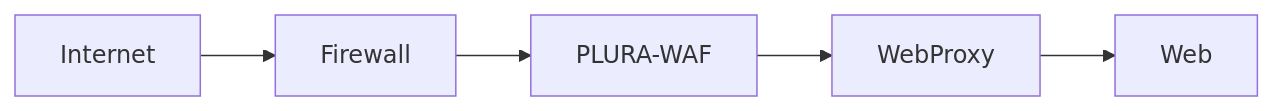
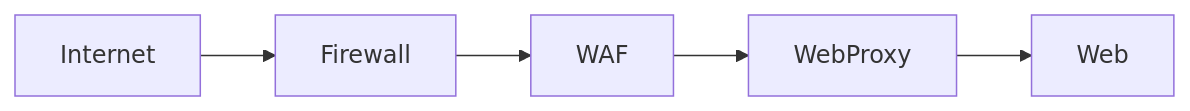
Before and after one commit to qubitsec/blog: the second of 5 diagrams in content/ko/tech/plura-webproxy-architecture.md, drawn with Mermaid. The commit also changed other lines of this file, not shown here.

````diff
--- a/content/ko/tech/plura-webproxy-architecture.md
+++ b/content/ko/tech/plura-webproxy-architecture.md
@@ -69,7 +69,7 @@
 ```mermaid
 flowchart LR
     A[Internet] --> B[Firewall]
-    B --> C[PLURA-WAF]
+    B --> C[WAF]
     C --> D[WebProxy]
     D --> E[Web]
 ```
````
